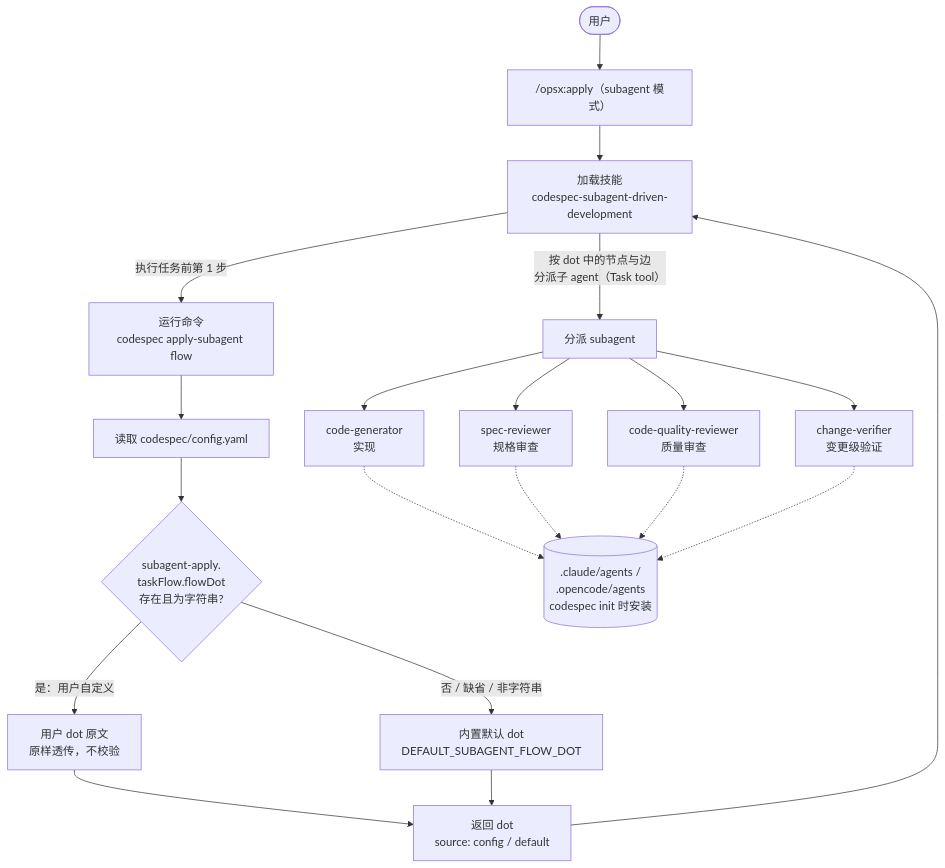
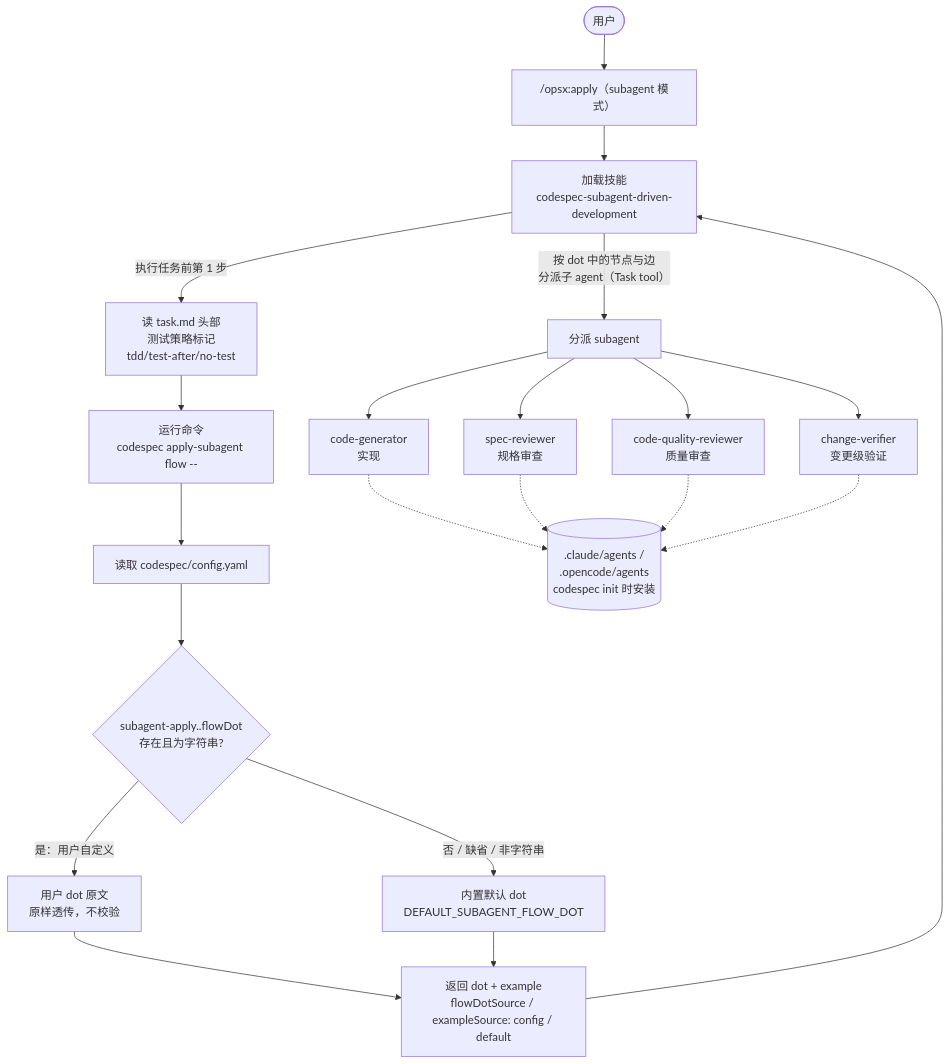
One commit to chenmr0/OpenSpec-cn changed the second of 4 diagrams in docs/subagent-flow-customization.md. Above: the diagram before and after it, drawn with Mermaid. The commit also changed other lines of this file and 8 other files, not shown here.

First line of the commit message:
codespec apply-subagent flow 支持按测试模式定制流程

````diff
--- a/docs/subagent-flow-customization.md
+++ b/docs/subagent-flow-customization.md
@@ -51,25 +63,26 @@
 ```mermaid
 flowchart TD
     User([用户]) --> Apply["/opsx:apply（subagent 模式）"]
     Apply --> Skill["加载技能<br/>codespec-subagent-driven-development"]
 
-    Skill -->|"执行任务前第 1 步"| Cmd["运行命令<br/>codespec apply-subagent flow"]
+    Skill -->|"执行任务前第 1 步"| Mode["读 task.md 头部<br/>测试策略标记<br/>tdd/test-after/no-test"]
+    Mode --> Cmd["运行命令<br/>codespec apply-subagent flow --<mode>"]
     Cmd --> Read["读取 codespec/config.yaml"]
-    Read --> Key{"subagent-apply.<br/>taskFlow.flowDot<br/>存在且为字符串?"}
+    Read --> Key{"subagent-apply.<mode>.flowDot<br/>存在且为字符串?"}
     Key -- "是：用户自定义" --> UserDot["用户 dot 原文<br/>原样透传，不校验"]
     Key -- "否 / 缺省 / 非字符串" --> DefaultDot["内置默认 dot<br/>DEFAULT_SUBAGENT_FLOW_DOT"]
-    UserDot --> Ret["返回 dot<br/>source: config / default"]
+    UserDot --> Ret["返回 dot + example<br/>flowDotSource / exampleSource: config / default"]
     DefaultDot --> Ret
     Ret --> Skill
 
     Skill -->|"按 dot 中的节点与边<br/>分派子 agent（Task tool）"| Dispatch["分派 subagent"]
     Dispatch --> S1["code-generator<br/>实现"]
     Dispatch --> S2["spec-reviewer<br/>规格审查"]
     Dispatch --> S3["code-quality-reviewer<br/>质量审查"]
     Dispatch --> S4["change-verifier<br/>变更级验证"]
 
     S1 -.-> Agents[(".claude/agents /<br/>.opencode/agents<br/>codespec init 时安装")]
     S2 -.-> Agents
     S3 -.-> Agents
     S4 -.-> Agents
 ```
````
